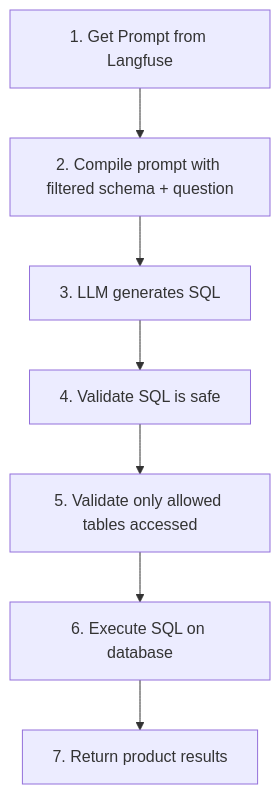
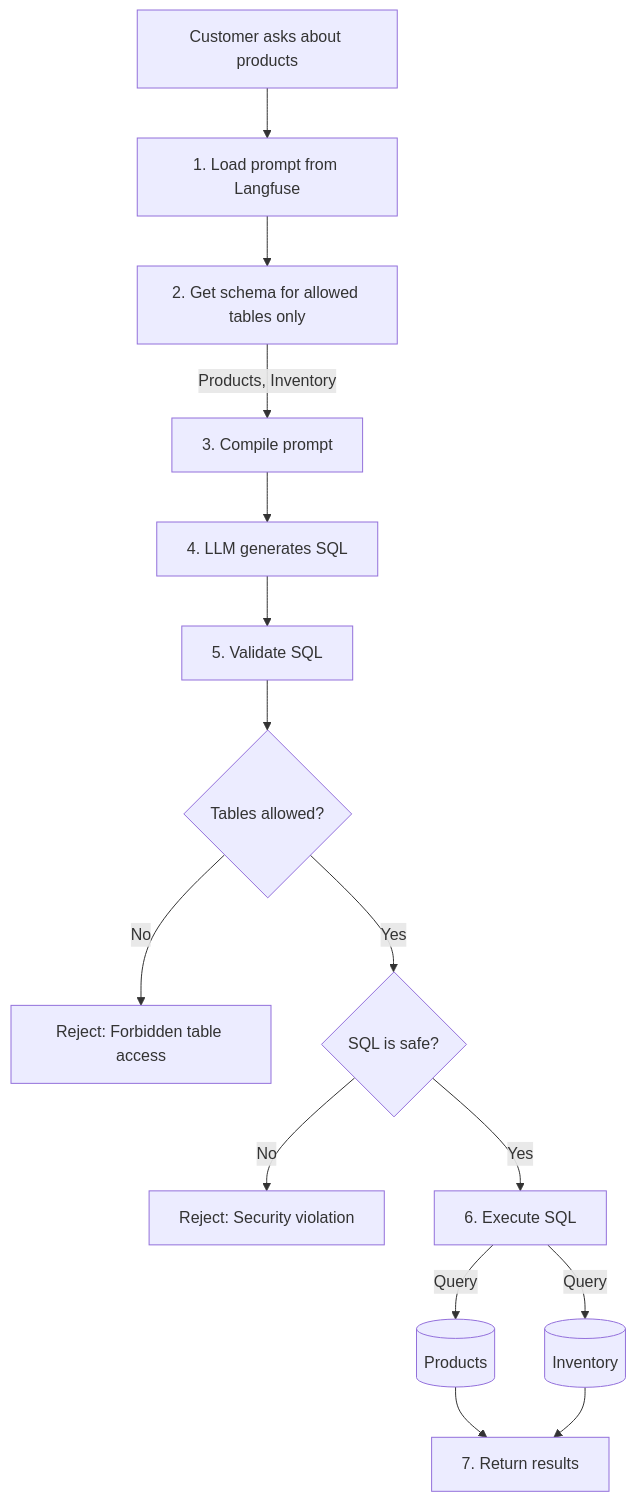
One commit to mhokchuekchuek/mtl_agent changed the first of 2 diagrams in docs/multi-agent-systems/modules/tools/knowledge_retrieval/sql/customer/product.md. Above: the diagram before and after it, drawn with Mermaid. The commit also changed other lines of this file and 45 other files, not shown here.

````diff
--- a/docs/multi-agent-systems/modules/tools/knowledge_retrieval/sql/customer/product.md
+++ b/docs/multi-agent-systems/modules/tools/knowledge_retrieval/sql/customer/product.md
@@ -34,9 +25,23 @@
 ```mermaid
 flowchart TD
-    A[1. Get Prompt from Langfuse] --> B[2. Compile prompt with filtered schema + question]
-    B --> C[3. LLM generates SQL]
-    C --> D[4. Validate SQL is safe]
-    D --> E[5. Validate only allowed tables accessed]
-    E --> F[6. Execute SQL on database]
-    F --> G[7. Return product results]
+    START[Customer asks about products] --> PROMPT[1. Load prompt from Langfuse]
+    
+    PROMPT --> SCHEMA[2. Get schema for allowed tables only]
+    SCHEMA --> |Products, Inventory| COMPILE[3. Compile prompt]
+    
+    COMPILE --> LLM[4. LLM generates SQL]
+    LLM --> VALIDATE[5. Validate SQL]
+    
+    VALIDATE --> CHECK_TABLES{Tables allowed?}
+    CHECK_TABLES --> |No| REJECT[Reject: Forbidden table access]
+    
+    CHECK_TABLES --> |Yes| CHECK_SAFE{SQL is safe?}
+    CHECK_SAFE --> |No| REJECT2[Reject: Security violation]
+    
+    CHECK_SAFE --> |Yes| EXECUTE[6. Execute SQL]
+    EXECUTE --> |Query| PROD_TBL[(Products)]
+    EXECUTE --> |Query| INV_TBL[(Inventory)]
+    
+    PROD_TBL --> RESULTS[7. Return results]
+    INV_TBL --> RESULTS
 ```
````
